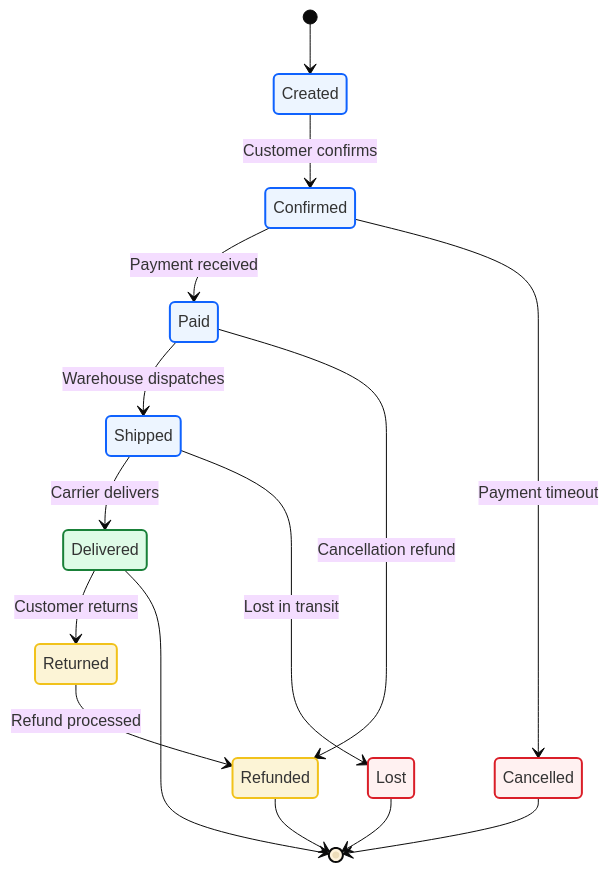
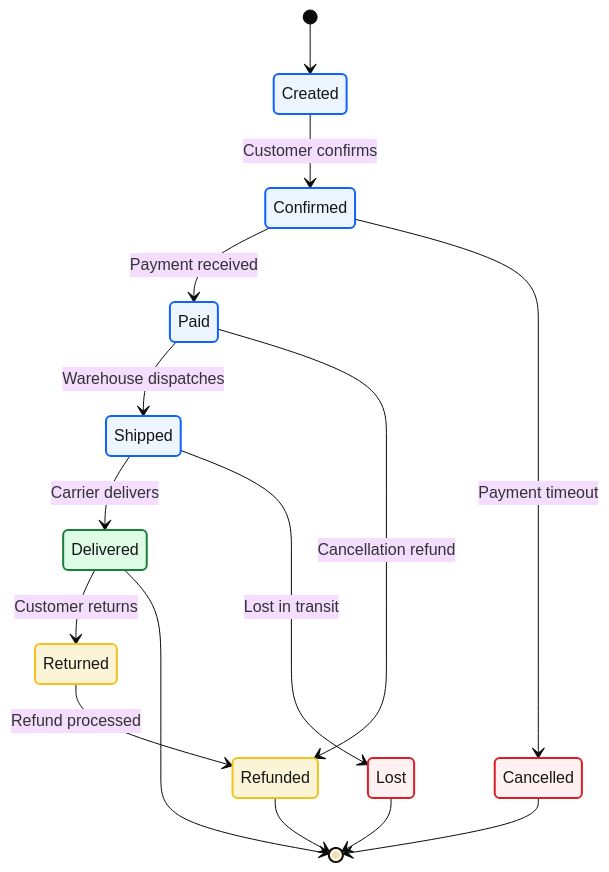
The tenth of 11 diagrams in examples/state.md (zhiweio/mermaid-illustrate), drawn with Mermaid (base theme) before and after one commit. The commit also changed other lines of this file and 22 other files, not shown here.

````diff
--- a/examples/state.md
+++ b/examples/state.md
@@ -223,27 +223,27 @@
 ```mermaid
 stateDiagram-v2
     [*] --> Created
     Created --> Confirmed : Customer confirms
     Confirmed --> Paid : Payment received
     Confirmed --> Cancelled : Payment timeout
     Paid --> Shipped : Warehouse dispatches
     Shipped --> Delivered : Carrier delivers
     Shipped --> Lost : Lost in transit
     Delivered --> Returned : Customer returns
     Returned --> Refunded : Refund processed
     Paid --> Refunded : Cancellation refund
     Delivered --> [*]
     Cancelled --> [*]
     Refunded --> [*]
     Lost --> [*]
 
-    classDef bpProcess fill:#edf5ff,stroke:#0f62fe,stroke-width:2px
-    classDef bpSuccess fill:#defbe6,stroke:#198038,stroke-width:2px
-    classDef bpError fill:#fff1f1,stroke:#da1e28,stroke-width:2px
-    classDef bpWarning fill:#fcf4d6,stroke:#f1c21b,stroke-width:2px
+    classDef bpProcess fill:#edf5ff,stroke:#0f62fe,stroke-width:2px,color:#161616
+    classDef bpSuccess fill:#defbe6,stroke:#198038,stroke-width:2px,color:#161616
+    classDef bpError fill:#fff1f1,stroke:#da1e28,stroke-width:2px,color:#161616
+    classDef bpWarning fill:#fcf4d6,stroke:#f1c21b,stroke-width:2px,color:#161616
 
     class Created,Confirmed,Paid,Shipped bpProcess
     class Delivered bpSuccess
     class Cancelled,Lost bpError
     class Returned,Refunded bpWarning
 ```
````
